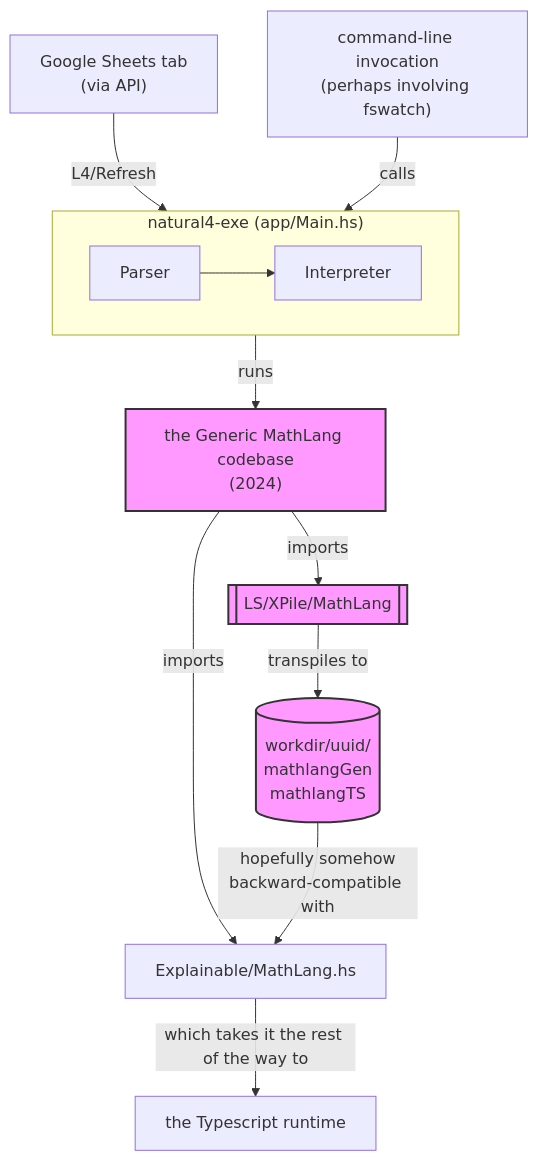
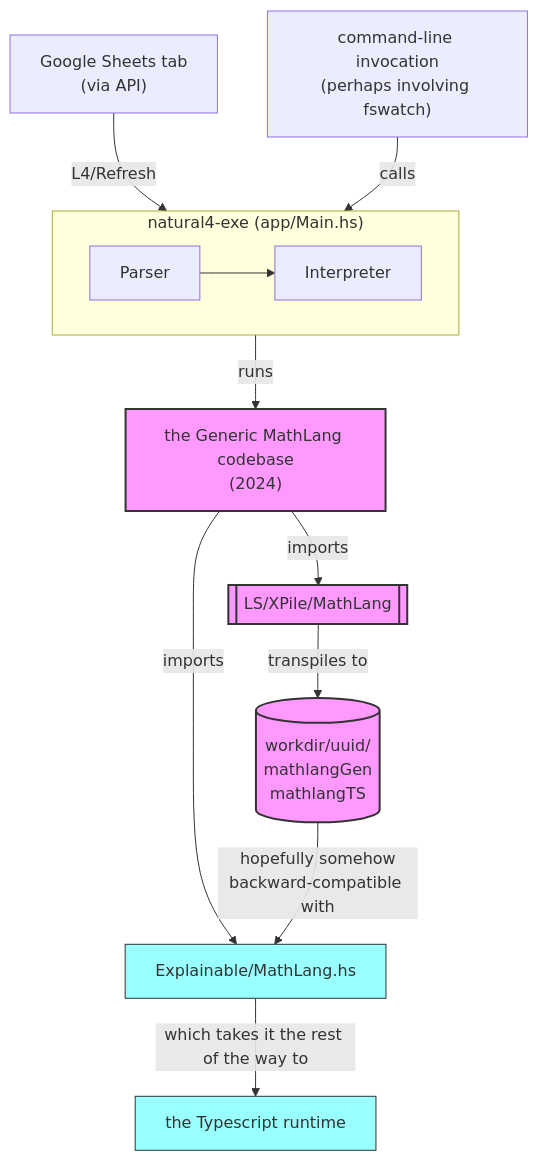
Before and after one commit to smucclaw/internal_docs: the second of 2 diagrams in docs/current_system/codebase/explainable.md, drawn with Mermaid. The commit also changed other lines of this file and 2 other files, not shown here.

Commit message:
improve diagrams

````diff
--- a/docs/current_system/codebase/explainable.md
+++ b/docs/current_system/codebase/explainable.md
@@ -76,21 +82,25 @@
 ``` mermaid
 graph TB;
     A1["Google Sheets tab\n(via API)"] -- "L4/Refresh" --> C;
     A2["command-line invocation\n(perhaps involving fswatch)"] -- calls --> C;
     classDef highlight fill:#f9f,stroke:#333,stroke-width:2px;
 
     subgraph C ["natural4-exe (app/Main.hs)"]
 	Parser --> Interpreter;
     end
 
     C --"runs"--> C1["the Generic MathLang codebase\n(2024)"];
 
     C1--"imports"-->D[["LS/XPile/MathLang"]];
     C1--"imports"-->F
 
     D--"transpiles to"-->E[("workdir/uuid/\nmathlangGen\nmathlangTS")];
     class C1,D,E highlight;
+
+    classDef tsruntime fill:#9ff,stroke:#333;
+
     E--"hopefully somehow\nbackward-compatible with"-->F["Explainable/MathLang.hs"];
 
     F --"which takes it the rest of the way to"-->G["the Typescript runtime"]
+	class F,G tsruntime
 ```
````
